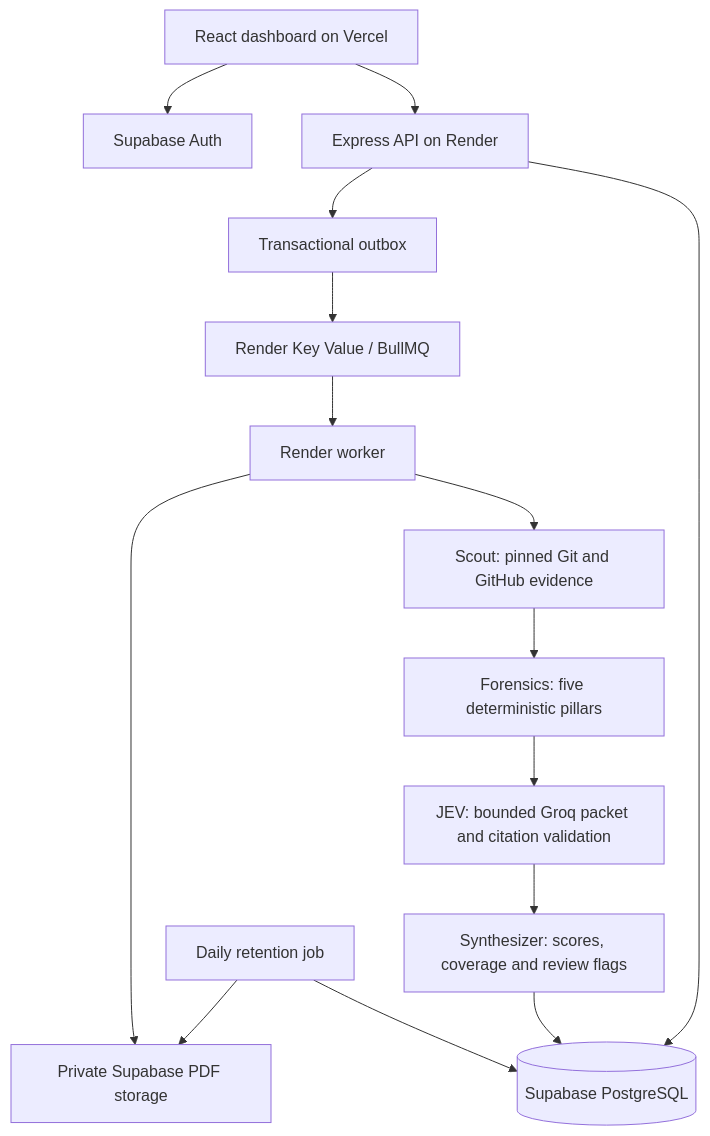
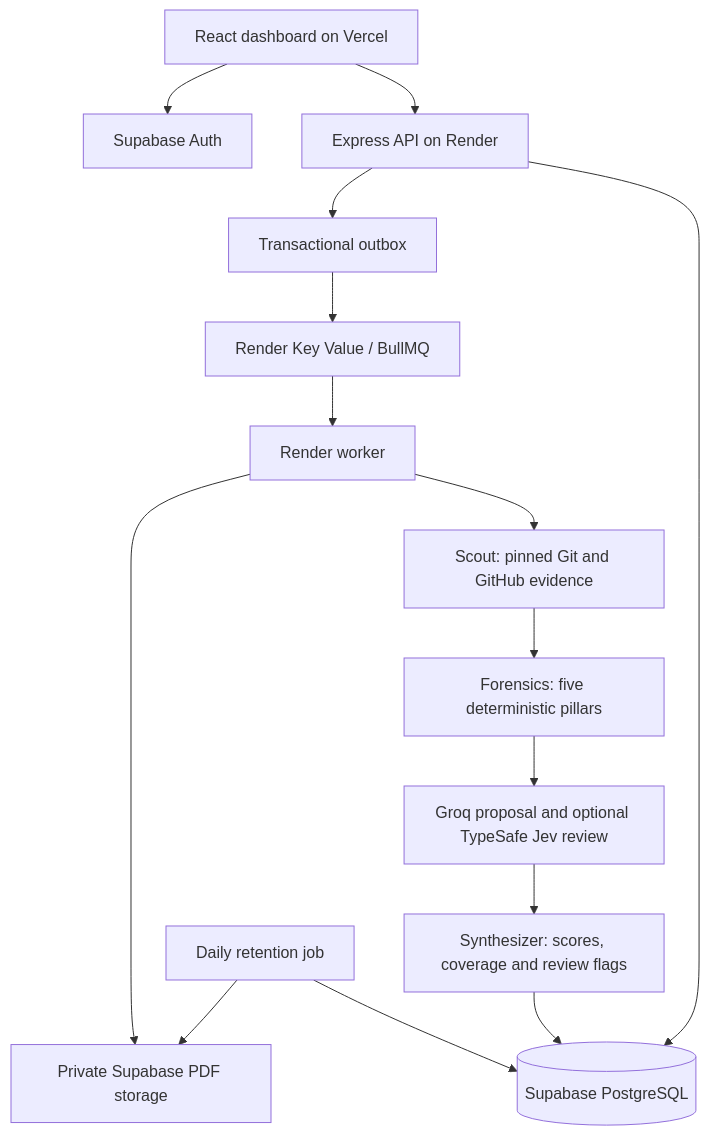
The diagram in ARCHITECTURE.md (nikhil49023/sift), drawn with Mermaid before and after one commit. The commit also changed other lines of this file and 28 other files, not shown here.

Commit message:
feat(evaluation): add opt-in TypeSafe Jev review alongside Groq proposals

````diff
--- a/ARCHITECTURE.md
+++ b/ARCHITECTURE.md
@@ -5,17 +5,17 @@
 ```mermaid
 flowchart TD
     UI[React dashboard on Vercel] --> API[Express API on Render]
     UI --> Auth[Supabase Auth]
     API --> DB[(Supabase PostgreSQL)]
     API --> Outbox[Transactional outbox]
     Outbox --> Queue[Render Key Value / BullMQ]
     Queue --> Worker[Render worker]
     Worker --> Scout[Scout: pinned Git and GitHub evidence]
     Scout --> Forensics[Forensics: five deterministic pillars]
-    Forensics --> Judge[JEV: bounded Groq packet and citation validation]
+    Forensics --> Judge[Groq proposal and optional TypeSafe Jev review]
     Judge --> Synth[Synthesizer: scores, coverage and review flags]
     Synth --> DB
     Worker --> Storage[Private Supabase PDF storage]
     Retention[Daily retention job] --> DB
     Retention --> Storage
 ```
````
